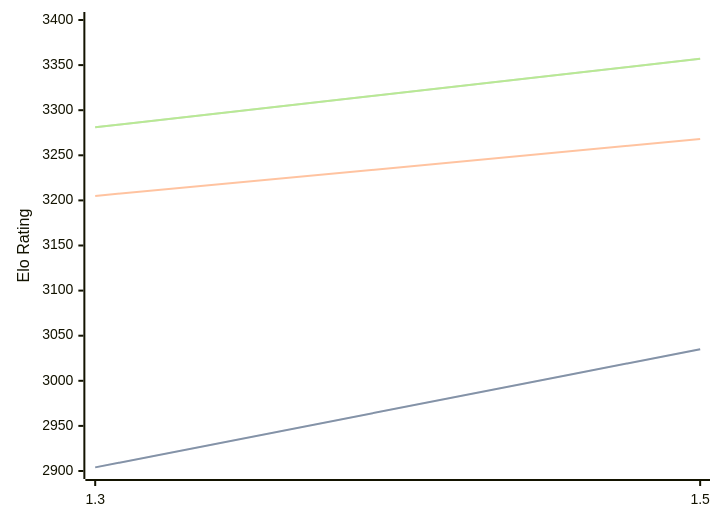
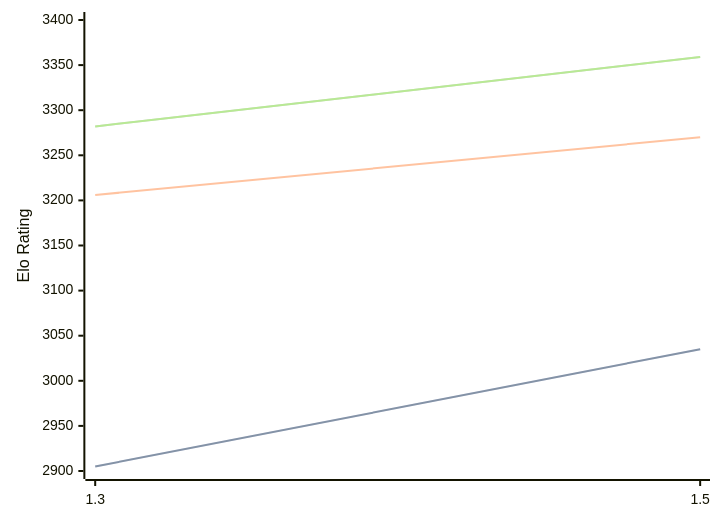
One commit to computer-chess-index/cci changed the diagram in engines/Lambergar.md. Above: the diagram before and after it, drawn with Mermaid. The commit also changed other lines of this file, not shown here.

Commit message:
Update CCI Ratings (ELO VLTC) - 2026-08-21

````diff
--- a/engines/Lambergar.md
+++ b/engines/Lambergar.md
@@ -32,11 +32,11 @@
 ```mermaid
 %%{init: {"theme":"base","themeVariables":{"seriesColors:['#a3a3a3','#222221','#faa371']}}}%%
 xychart-beta
   x-axis ["1.3", "1.5"]
   y-axis "Elo Rating" 2900 --> 3400
-  line "STC (8.0+0.08s)" [2904, 3035]
-  line "STC (8.0+0.08s)" [2904, 3035]
-  line "LTC (60.0+0.60s)" [3205, 3268]
-  line "VLTC (2m24s+1.12s)" [3281, 3357]
-  line "VLTC (2m24s+1.12s)" [3281, 3357]
+  line "STC (8.0+0.08s)" [2905, 3035]
+  line "STC (8.0+0.08s)" [2905, 3035]
+  line "LTC (60.0+0.60s)" [3206, 3270]
+  line "VLTC (2m24s+1.12s)" [3282, 3359]
+  line "VLTC (2m24s+1.12s)" [3282, 3359]
 ```
````
